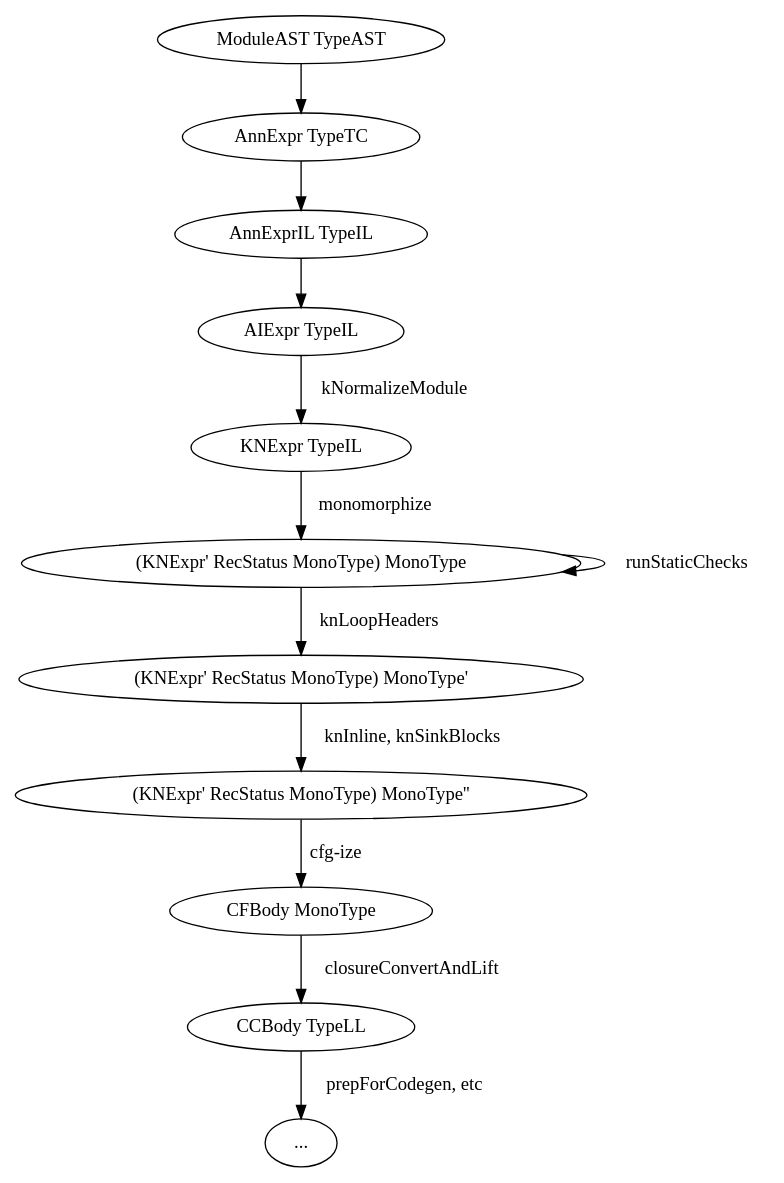
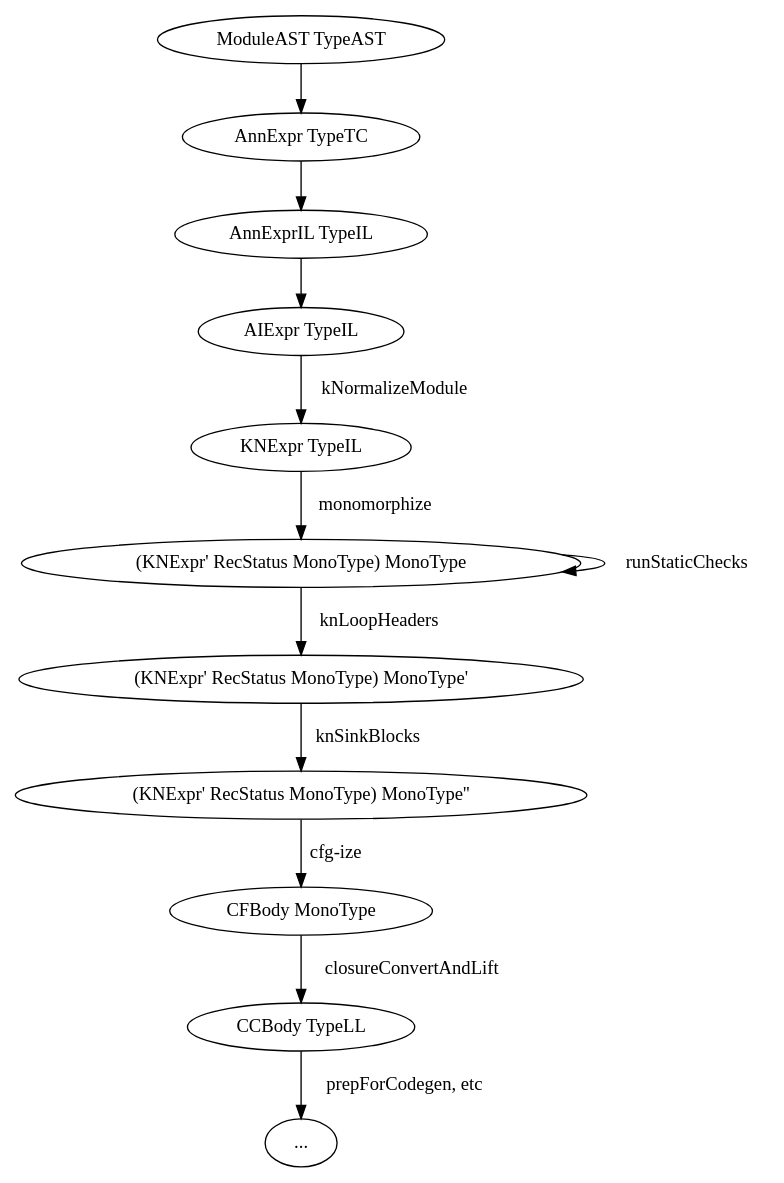
Before and after one commit to brk/foster: the diagram in notes/compiler-overview.rst, drawn with Graphviz. The commit also changed other lines of this file and 16 other files, not shown here.

```diff
--- a/notes/compiler-overview.rst
+++ b/notes/compiler-overview.rst
@@ -79,15 +26,15 @@
 .. graphviz::
 
-   digraph compileroverview {
+   digraph compilerpasses {
       "ModuleAST TypeAST" -> "AnnExpr TypeTC";
       "AnnExpr TypeTC" -> "AnnExprIL TypeIL";
       "AnnExprIL TypeIL" -> "AIExpr TypeIL";
       "AIExpr TypeIL" -> "KNExpr TypeIL" [label=" kNormalizeModule"];
       "KNExpr TypeIL" -> "(KNExpr' RecStatus MonoType) MonoType" [label=" monomorphize"];
       "(KNExpr' RecStatus MonoType) MonoType" -> "(KNExpr' RecStatus MonoType) MonoType" [label=" runStaticChecks"];
       "(KNExpr' RecStatus MonoType) MonoType" -> "(KNExpr' RecStatus MonoType) MonoType'" [label=" knLoopHeaders"];
-      "(KNExpr' RecStatus MonoType) MonoType'" -> "(KNExpr' RecStatus MonoType) MonoType''" [label=" knInline, knSinkBlocks"];
+      "(KNExpr' RecStatus MonoType) MonoType'" -> "(KNExpr' RecStatus MonoType) MonoType''" [label=" knSinkBlocks"];
       "(KNExpr' RecStatus MonoType) MonoType''" -> "CFBody MonoType" [label=" cfg-ize"];
       "CFBody MonoType" -> "CCBody TypeLL" [label=" closureConvertAndLift"];
       "CCBody TypeLL" -> "..." [label=" prepForCodegen, etc"];
    }
```
